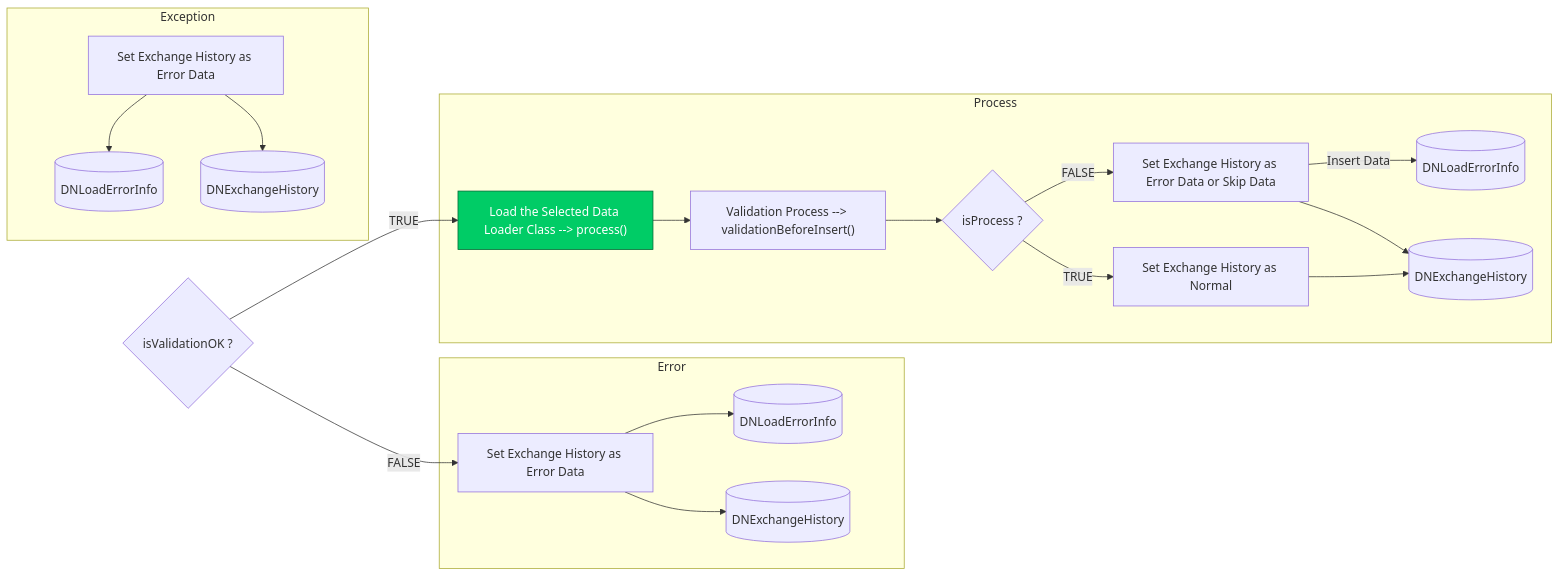
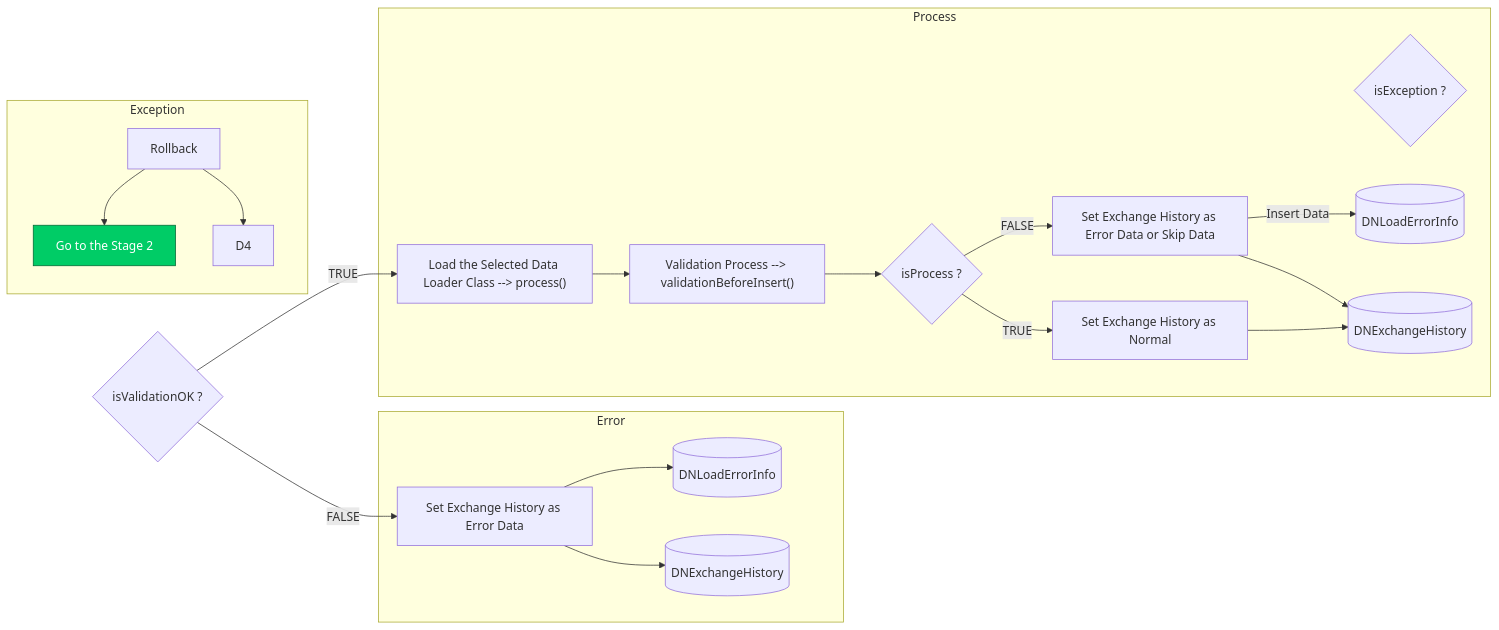
The ninth of 9 diagrams in Basic-Design/Host-Interfaces.md (luthfiadityaa/SimeDarby-Wiki), drawn with Mermaid before and after one commit.

Commit message:
Updated Host Interfaces

```diff
--- a/Basic-Design/Host-Interfaces.md
+++ b/Basic-Design/Host-Interfaces.md
@@ -712,39 +712,39 @@
 ::: mermaid
 flowchart LR
 Cond1{"isValidationOK ?"}
 Cond1 --> |TRUE| B2
 Cond1 --> |FALSE| C2
 
 subgraph Error
  C2 --> C3 
  C2 --> C4
  C4[(DNExchangeHistory)]
  C3[(DNLoadErrorInfo)]
  C2["Set Exchange History as Error Data"] 
 end
 
 subgraph Process
  B2 --> B3 --> Cond2
  Cond2{"isProcess ?"}
+ Cond3{"isException ?"}
  B2["Load the Selected Data Loader Class --> process()"]
  B3["Validation Process --> validationBeforeInsert()"]
  B4["Set Exchange History as Error Data or Skip Data"]
  B5["Set Exchange History as Normal"]
  B6[(DNLoadErrorInfo)]
  B7[(DNExchangeHistory)]
  Cond2 --> |FALSE| B4 --> |Insert Data| B6
  B4 --> B7
  Cond2 --> |TRUE| B5 --> B7
 end 
 
 subgraph Exception
  D2 --> D3 
  D2 --> D4
- D4[(DNExchangeHistory)]
- D3[(DNLoadErrorInfo)]
- D2["Set Exchange History as Error Data"] 
+ D2["Rollback"]
+ D3["Go to the Stage 2"] 
 end
 
-click B2 "https://dev.azure.com/Daifuku-SW/ID_SimeDarbyPlantation/_wiki/wikis/ID_SimeDarbyPlantation.wiki/833/Host-Interfaces?anchor=stage-3"
-style B2 fill:#00cc66,stroke:#006633,color:#ffffff
+click D3 "https://dev.azure.com/Daifuku-SW/ID_SimeDarbyPlantation/_wiki/wikis/ID_SimeDarbyPlantation.wiki/833/Host-Interfaces?anchor=stage-3"
+style D3 fill:#00cc66,stroke:#006633,color:#ffffff
 :::
```
